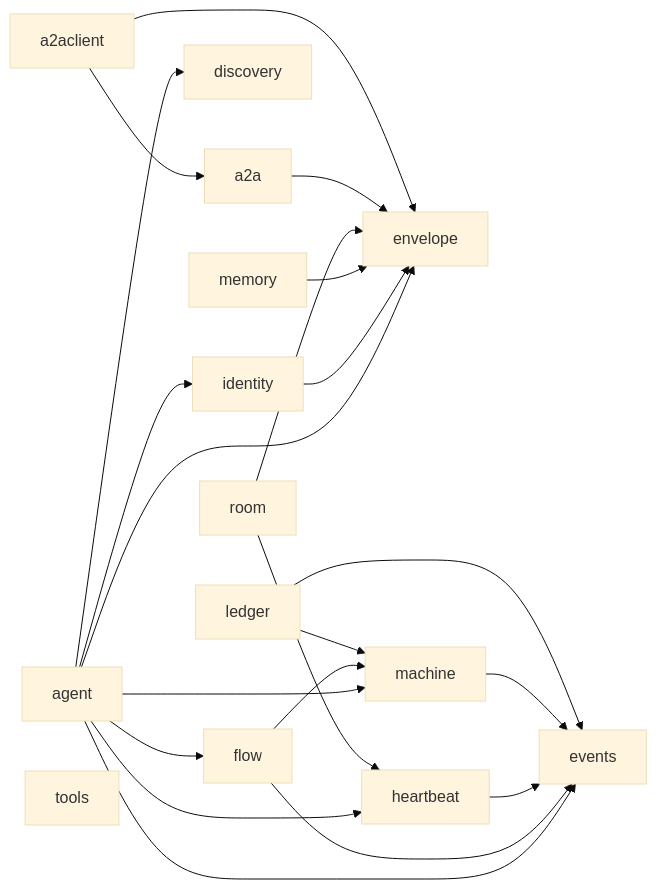
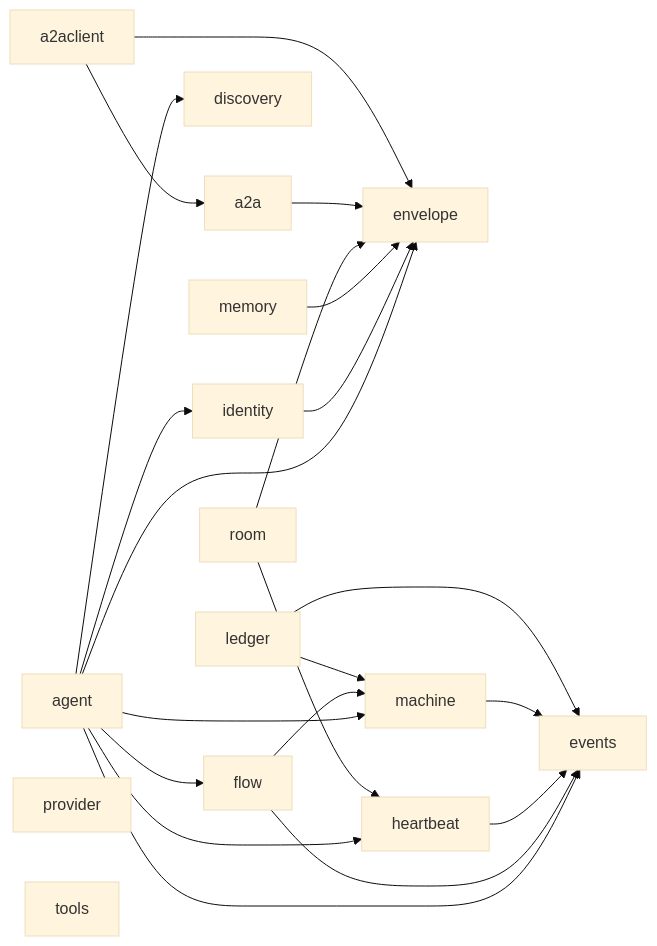
Before and after one commit to MiviaLabs/mivia-ai-sdk: the first of 2 diagrams in docs/architecture.md, drawn with Mermaid (base theme). The commit also changed other lines of this file and 15 other files, not shown here.

````diff
--- a/docs/architecture.md
+++ b/docs/architecture.md
@@ -25,27 +26,28 @@
 ```mermaid
 flowchart LR
     agent --> identity
     agent --> discovery
     agent --> flow
     agent --> envelope
     agent --> events
     agent --> machine
     agent --> heartbeat
     flow --> events
     flow --> machine
     heartbeat --> events
     identity --> envelope
     machine --> events
     ledger --> machine
     ledger --> events
     memory --> envelope
     room --> envelope
     room --> heartbeat
     a2a --> envelope
     a2aclient --> a2a
     a2aclient --> envelope
     discovery[discovery]
     envelope[envelope]
     events[events]
+    provider[provider]
     tools[tools]
 ```
````
